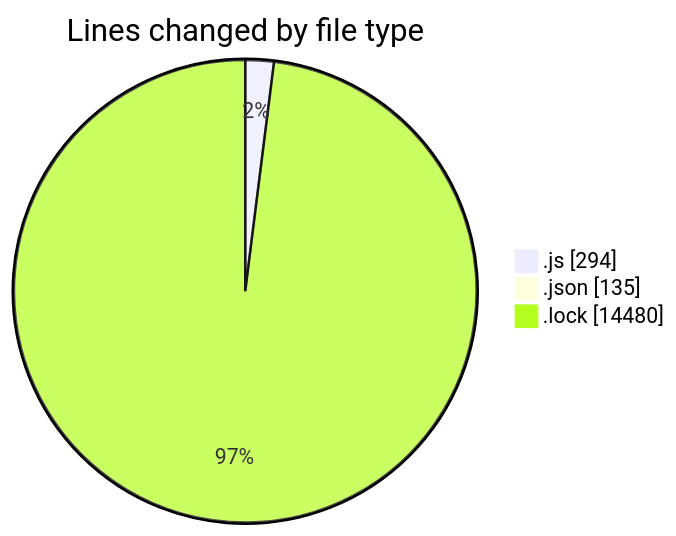
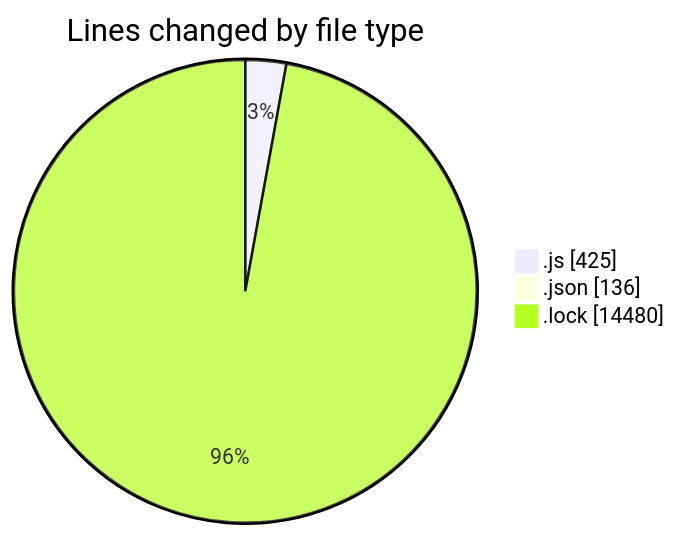
One commit to momahboobian/code-tracking changed the first of 2 diagrams in 2025-12-18/cda/README.md. Above: the diagram before and after it, drawn with Mermaid. The commit also changed other lines of this file and 1 other file, not shown here.

````diff
--- a/2025-12-18/cda/README.md
+++ b/2025-12-18/cda/README.md
@@ -30,7 +31,7 @@
 ```mermaid
 pie showData
 title Lines changed by file type
-".js" : 294
-".json" : 135
+".js" : 425
+".json" : 136
 ".lock" : 14480
 ```
````
